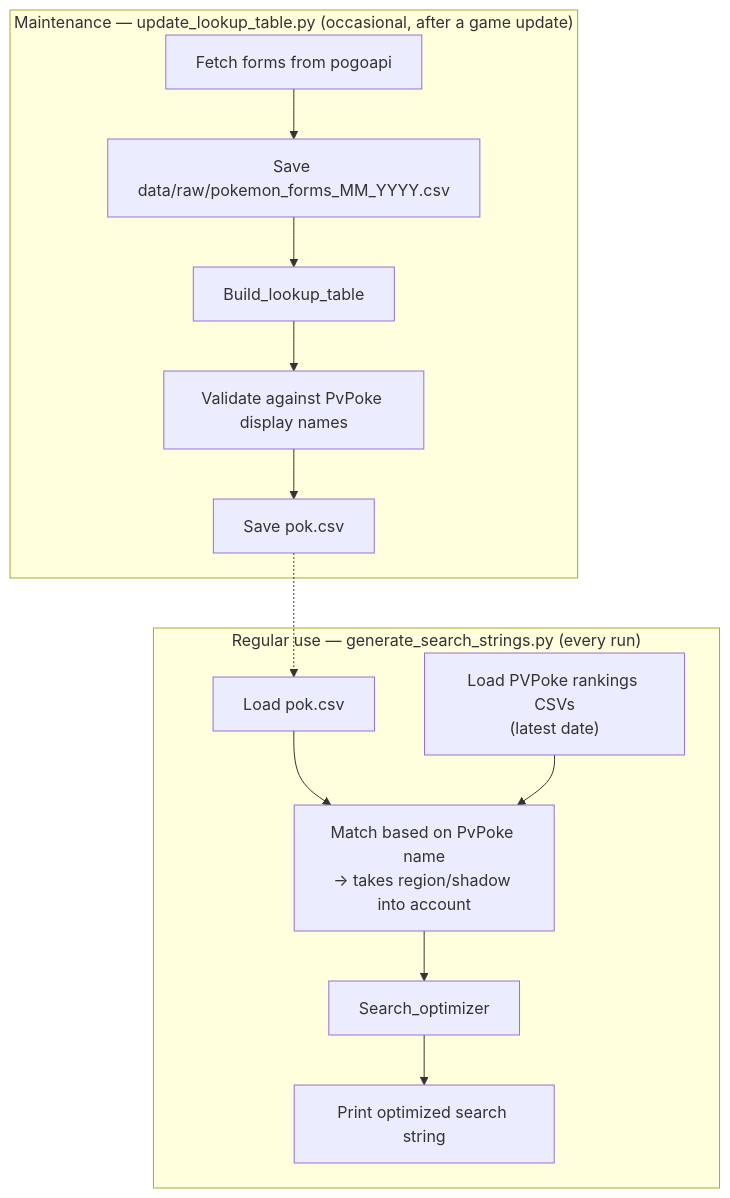
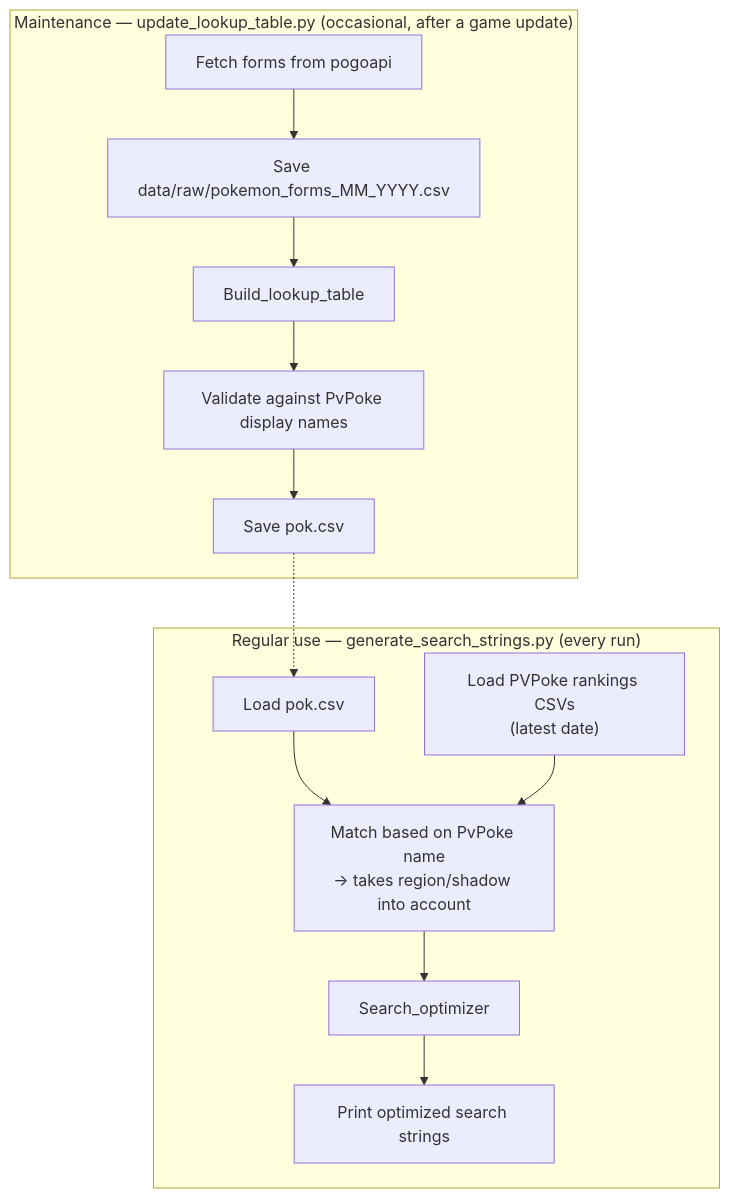
The diagram in README.md (Skylges/pogo-search-string-optimizer), drawn with Mermaid before and after one commit. The commit also changed other lines of this file, not shown here.

````diff
--- a/README.md
+++ b/README.md
@@ -84,20 +84,20 @@
 ```mermaid
 flowchart TD
     subgraph M["Maintenance — update_lookup_table.py (occasional, after a game update)"]
         A1["Fetch forms from pogoapi"]
         A1 --> A2["Save data/raw/pokemon_forms_MM_YYYY.csv"]
         A2 --> A3["Build_lookup_table"]
         A3 --> A4["Validate against PvPoke display names"]
         A4 --> A5["Save pok.csv"]
     end
 
     subgraph R["Regular use — generate_search_strings.py (every run)"]
         B1["Load pok.csv"] --> B3
         B2["Load PVPoke rankings CSVs\n(latest date)"] --> B3
         B3["Match based on PvPoke name\n→ takes region/shadow into account"] --> B4
         B4["Search_optimizer"] --> B5
-        B5["Print optimized search string"]
+        B5["Print optimized search strings"]
     end
 
     A5 -.-> B1
 ```
````
